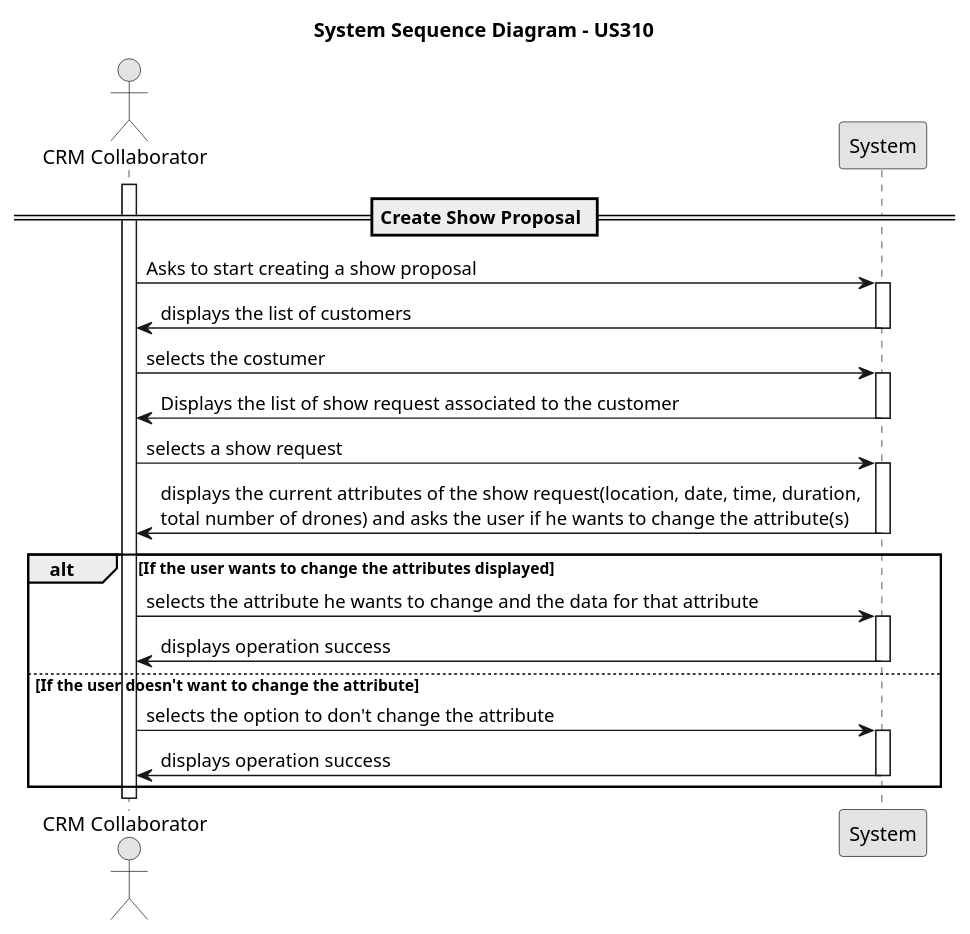
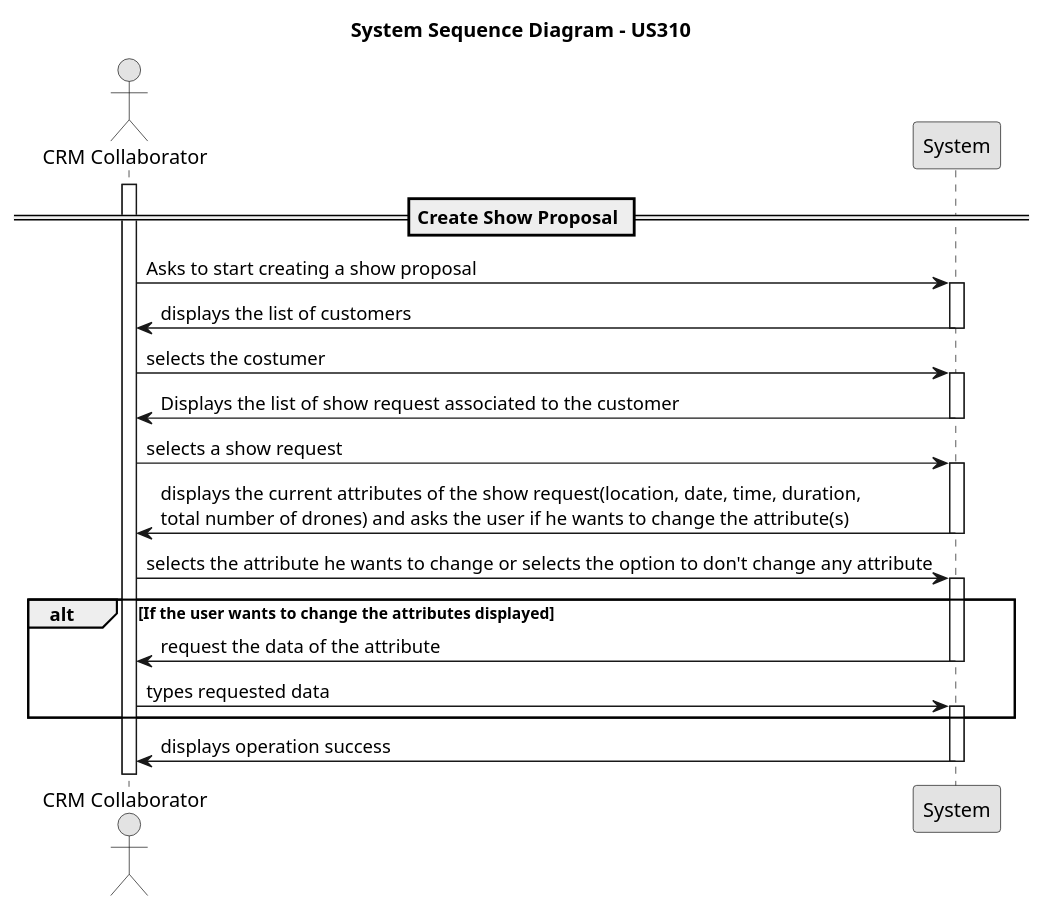
One commit to rubenFreitas1/ISEP-LAPR4-2024-2025 changed the diagram in docs/Sprint3/us_310/diagrams/system-sequence-diagram-US310.puml. Above: the diagram before and after it, drawn with PlantUML. The commit also changed 3 other files, not shown here.

Commit message:
started the design of US310, by completing the sequence diagram #246

```diff
--- a/docs/Sprint3/us_310/diagrams/system-sequence-diagram-US310.puml
+++ b/docs/Sprint3/us_310/diagrams/system-sequence-diagram-US310.puml
@@ -1,48 +1,46 @@
 @startuml
 skinparam monochrome true
 skinparam packageStyle rectangle
 skinparam shadowing false
 
 actor "CRM Collaborator" as crmCollaborator
 participant "System" as system
 
 title System Sequence Diagram - US310
 
 == Create Show Proposal ==
 activate crmCollaborator
 
     crmCollaborator -> system : Asks to start creating a show proposal
     activate system
 
         system -> crmCollaborator : displays the list of customers
     deactivate system
 
     crmCollaborator -> system : selects the costumer
     activate system
 
         system -> crmCollaborator : Displays the list of show request associated to the customer
     deactivate system
 
     crmCollaborator -> system : selects a show request
     activate system
 
-        system -> crmCollaborator : displays the current attributes of the show request(location, date, time, duration, \ntotal number of drones) and asks the user if he wants to change the attribute(s)
+         system -> crmCollaborator : displays the current attributes of the show request(location, date, time, duration, \ntotal number of drones) and asks the user if he wants to change the attribute(s)
     deactivate system
 
+    crmCollaborator -> system : selects the attribute he wants to change or selects the option to don't change any attribute
     alt If the user wants to change the attributes displayed
-    crmCollaborator -> system : selects the attribute he wants to change and the data for that attribute
     activate system
 
-        system -> crmCollaborator : displays operation success
+         system -> crmCollaborator : request the data of the attribute
     deactivate system
 
-    else If the user doesn't want to change the attribute
-    crmCollaborator -> system : selects the option to don't change the attribute
+    crmCollaborator -> system : types requested data
     activate system
 
-        system -> crmCollaborator : displays operation success
+        end
+        system -> crmCollaborator :  displays operation success
     deactivate system
-    end
-deactivate system
 
 @enduml
```
